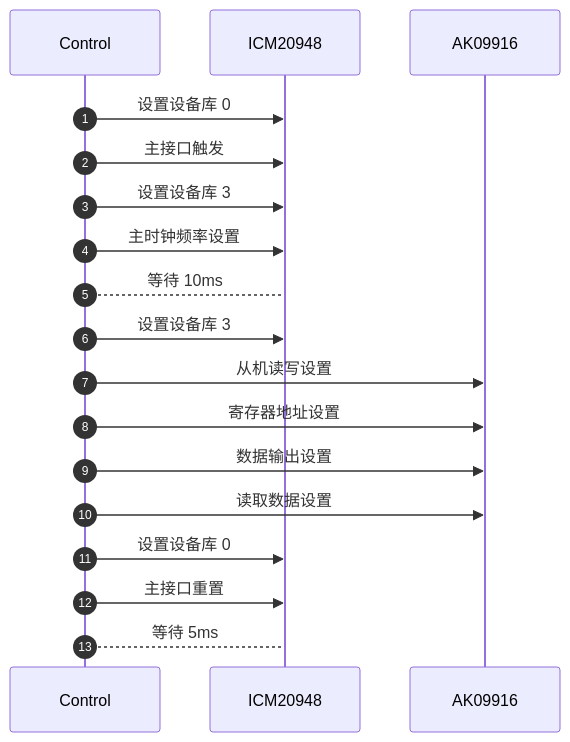
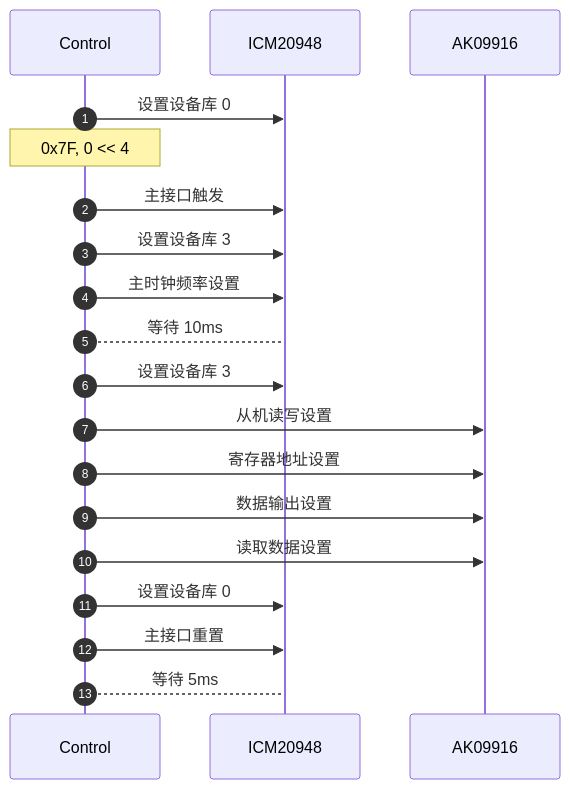
The third of 3 diagrams in _posts/2025-04-06-mdchart.md (hkdickyko/hkdickyko.github.io), drawn with Mermaid before and after one commit. The commit also changed other lines of this file, not shown here.

```diff
--- a/_posts/2025-04-06-mdchart.md
+++ b/_posts/2025-04-06-mdchart.md
@@ -166,21 +171,22 @@
 <div class="mermaid">
 sequenceDiagram;
    autonumber;
    participant C as Control;
    participant I as ICM20948;
    participant A as AK09916;
    C->>I: 设置设备库 0;
+   note over C: 0x7F, 0 << 4;
    C->>I: 主接口触发;
    C->>I: 设置设备库 3;
    C->>I: 主时钟频率设置;
    C-->I: 等待 10ms;
    C->>I: 设置设备库 3;
    C->>A: 从机读写设置;
    C->>A: 寄存器地址设置;
    C->>A: 数据输出设置;
    C->>A: 读取数据设置;
    C->>I: 设置设备库 0;
    C->>I: 主接口重置;
    C-->I: 等待 5ms;
 
 </div>   
```
